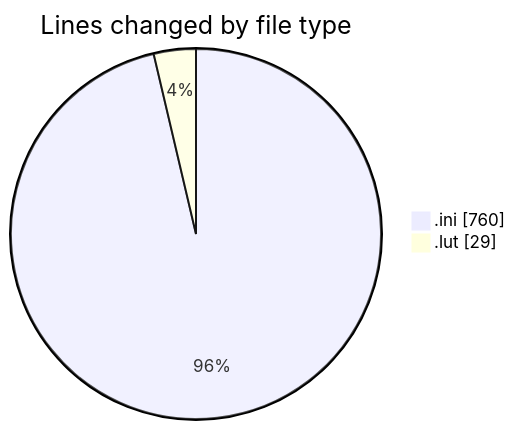
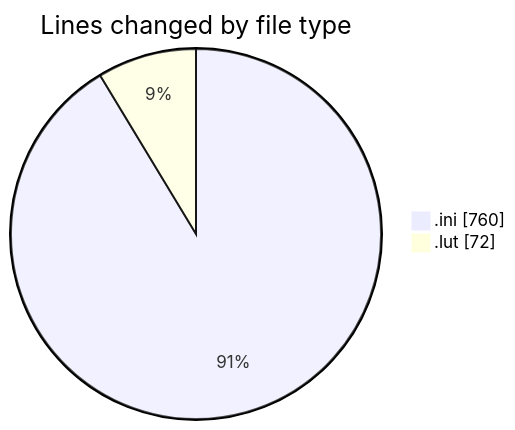
One commit to Netris89/code-tracking changed the first of 2 diagrams in 2025-08-03/data/README.md. Above: the diagram before and after it, drawn with Mermaid. The commit also changed other lines of this file and 1 other file, not shown here.

````diff
--- a/2025-08-03/data/README.md
+++ b/2025-08-03/data/README.md
@@ -21,6 +22,6 @@
 ```mermaid
 pie showData
 title Lines changed by file type
 ".ini" : 760
-".lut" : 29
+".lut" : 72
 ```
````
